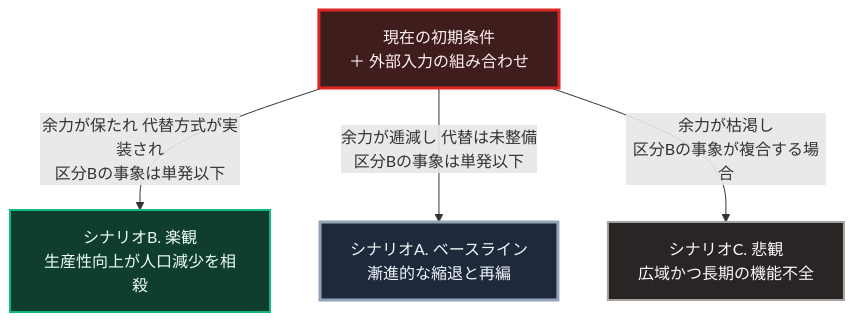
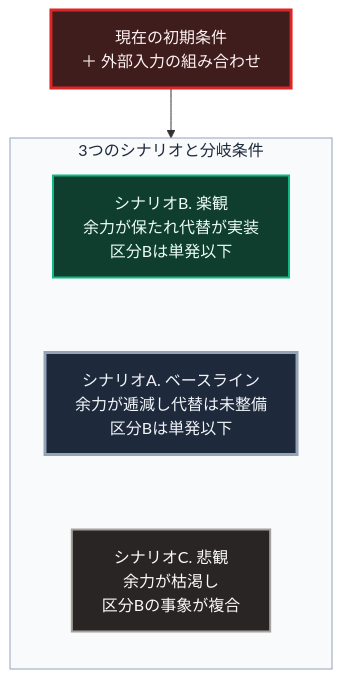
Before and after one commit to Takenori-Kusaka/zenn-content: the third of 3 diagrams in books/sovereign-resilience-blueprint/00_tldr.md, drawn with Mermaid. The commit also changed other lines of this file and 114 other files, not shown here.

````diff
--- a/books/sovereign-resilience-blueprint/00_tldr.md
+++ b/books/sovereign-resilience-blueprint/00_tldr.md
@@ -118,13 +108,16 @@
 ```mermaid
 flowchart TD
     P[現在の初期条件<br>＋ 外部入力の組み合わせ]
-
-    P -->|余力が保たれ 代替方式が実装され<br>区分Bの事象は単発以下| SB[シナリオB. 楽観<br>生産性向上が人口減少を相殺]
-    P -->|余力が逓減し 代替は未整備<br>区分Bの事象は単発以下| SA[シナリオA. ベースライン<br>漸進的な縮退と再編]
-    P -->|余力が枯渇し<br>区分Bの事象が複合する場合| SC[シナリオC. 悲観<br>広域かつ長期の機能不全]
+    P --> G
+    subgraph G[3つのシナリオと分岐条件]
+        direction TB
+        SB[シナリオB. 楽観<br>余力が保たれ代替が実装<br>区分Bは単発以下] ~~~ SA[シナリオA. ベースライン<br>余力が逓減し代替は未整備<br>区分Bは単発以下]
+        SA ~~~ SC[シナリオC. 悲観<br>余力が枯渇し<br>区分Bの事象が複合]
+    end
 
     style P fill:#3f1d1d,stroke:#dc2626,stroke-width:3px,color:#fef2f2
+    style G fill:#f8fafc,stroke:#94a3b8,color:#1e293b
     style SA fill:#1e293b,stroke:#94a3b8,stroke-width:3px,color:#f1f5f9
     style SB fill:#0f3d2e,stroke:#10b981,stroke-width:2px,color:#ecfdf5
     style SC fill:#292524,stroke:#a8a29e,stroke-width:2px,color:#fafaf9
 ```
````
